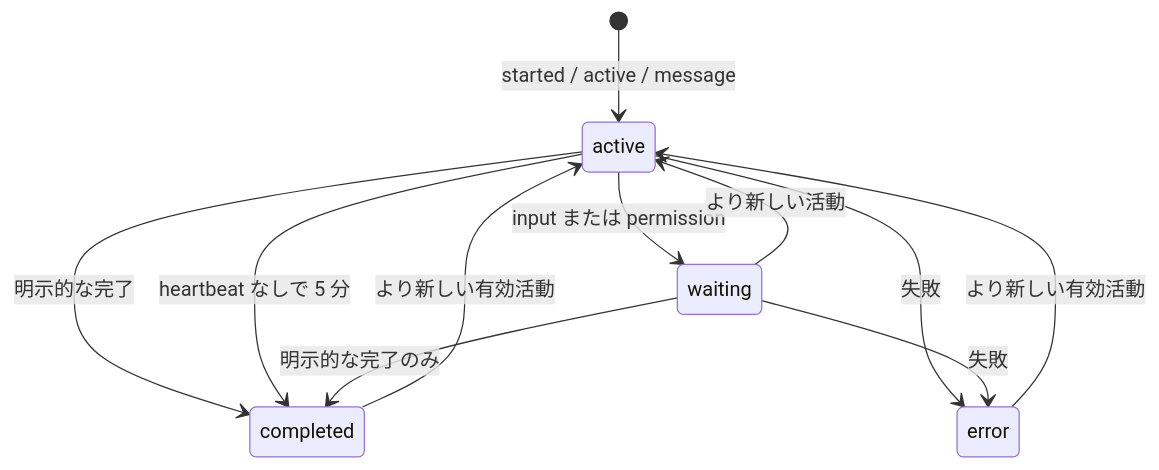
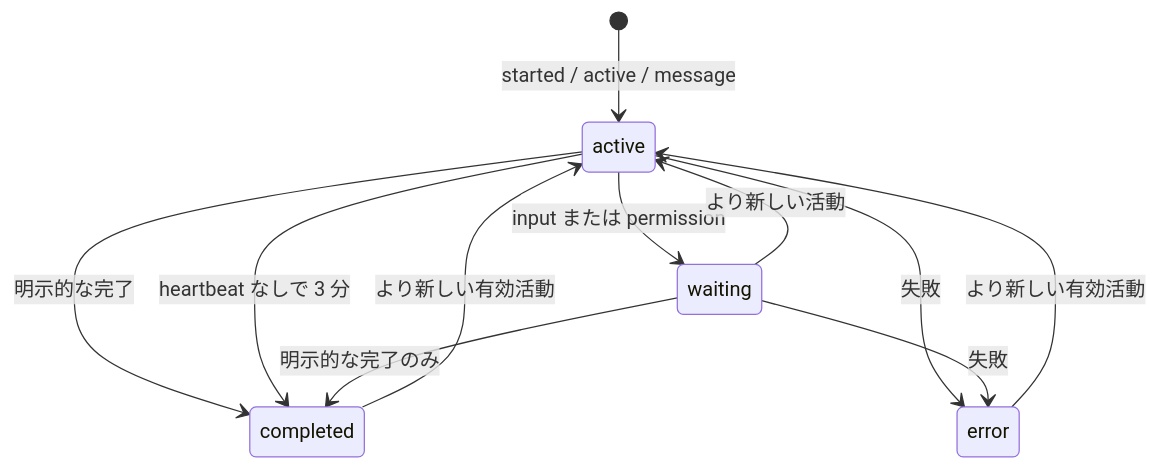
The second of 3 diagrams in docs/ARCHITECTURE.ja.md (haesoo-y/token-floor), drawn with Mermaid before and after one commit. The commit also changed other lines of this file and 10 other files, not shown here.

````diff
--- a/docs/ARCHITECTURE.ja.md
+++ b/docs/ARCHITECTURE.ja.md
@@ -106,13 +106,13 @@
 ```mermaid
 stateDiagram-v2
   [*] --> active: started / active / message
   active --> waiting: input または permission
   waiting --> active: より新しい活動
   active --> completed: 明示的な完了
-  active --> completed: heartbeat なしで 5 分
+  active --> completed: heartbeat なしで 3 分
   active --> error: 失敗
   waiting --> completed: 明示的な完了のみ
   waiting --> error: 失敗
   error --> active: より新しい有効活動
   completed --> active: より新しい有効活動
 ```
````
